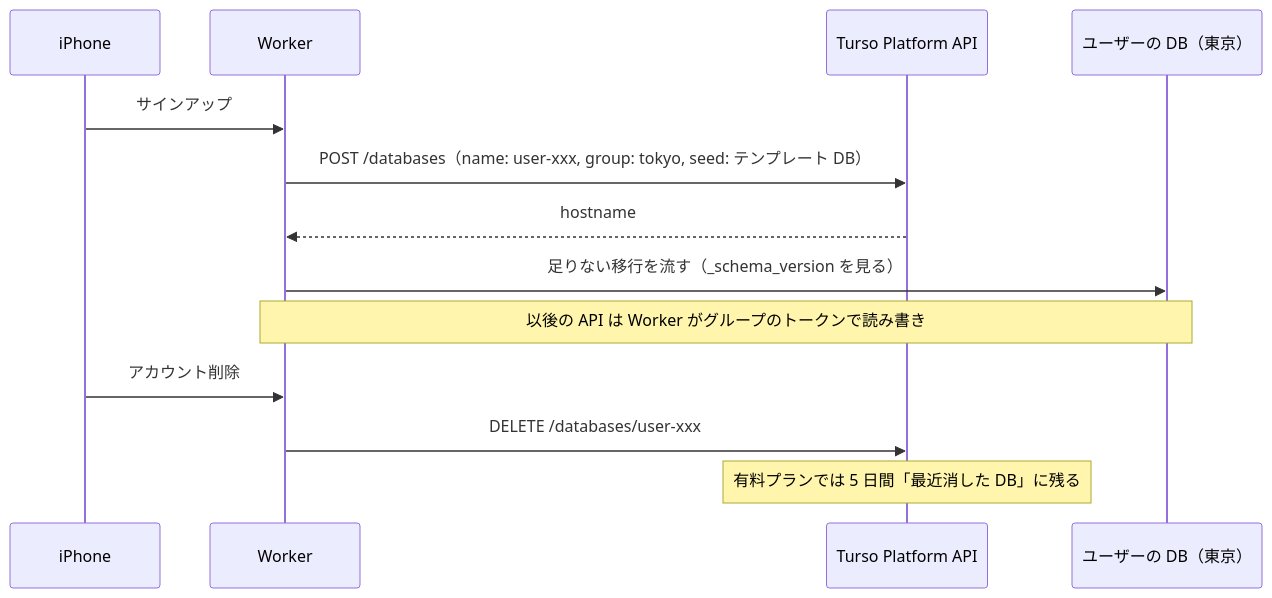
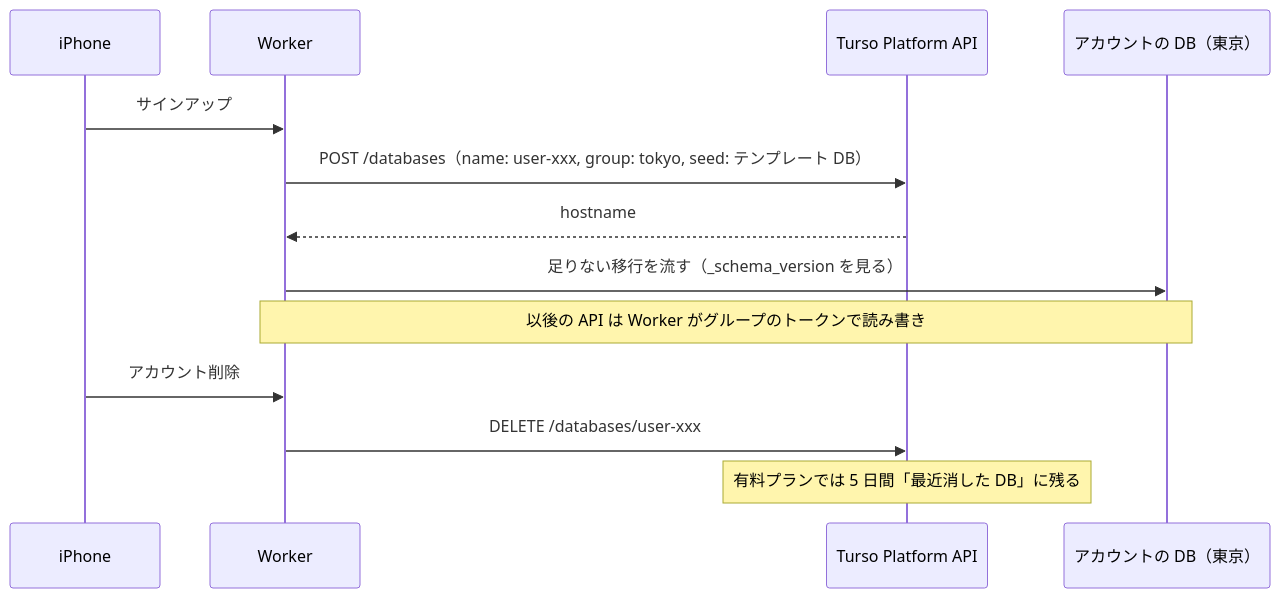
The fourth of 7 diagrams in docs/research/turso.md (gn-t-k/nu-tori), drawn with Mermaid before and after one commit. The commit also changed other lines of this file and 2 other files, not shown here.

````diff
--- a/docs/research/turso.md
+++ b/docs/research/turso.md
@@ -186,15 +186,15 @@
 ```mermaid
 sequenceDiagram
   participant App as iPhone
   participant W as Worker
   participant P as Turso Platform API
-  participant DB as ユーザーの DB（東京）
+  participant DB as アカウントの DB（東京）
   App->>W: サインアップ
   W->>P: POST /databases（name: user-xxx, group: tokyo, seed: テンプレート DB）
   P-->>W: hostname
   W->>DB: 足りない移行を流す（_schema_version を見る）
   Note over W,DB: 以後の API は Worker がグループのトークンで読み書き
   App->>W: アカウント削除
   W->>P: DELETE /databases/user-xxx
   Note over P: 有料プランでは 5 日間「最近消した DB」に残る
 ```
````
